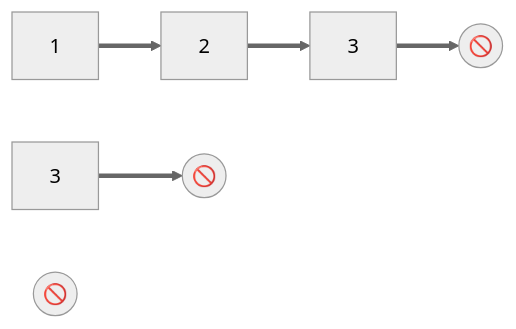
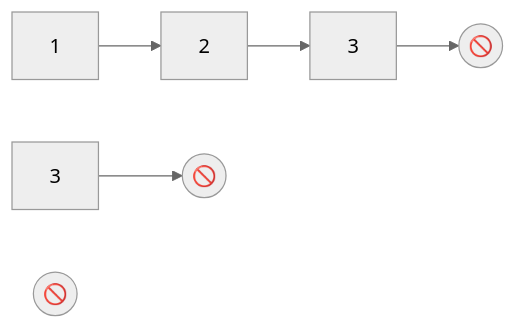
One commit to raganwald/raganwald.github.com changed the fourth of 13 diagrams in _posts/2026-02-15-nuralagus-rex.md. Above: the diagram before and after it, drawn with Mermaid (neutral theme). The commit also changed other lines of this file, not shown here.

```diff
--- a/_posts/2026-02-15-nuralagus-rex.md
+++ b/_posts/2026-02-15-nuralagus-rex.md
@@ -61,16 +61,16 @@
 <div class="mermaid">
   graph LR
     b["1"]
     c["2"]
     d["3"]
     d2["3"]
     Empty(("🚫"))
     Empty2(("🚫"))
     Empty3(("🚫"))
 
     Empty
 
-    d2==> Empty2
+    d2--> Empty2
 
-    b==>c==>d==>Empty3
+    b-->c-->d-->Empty3
 </div>
```
